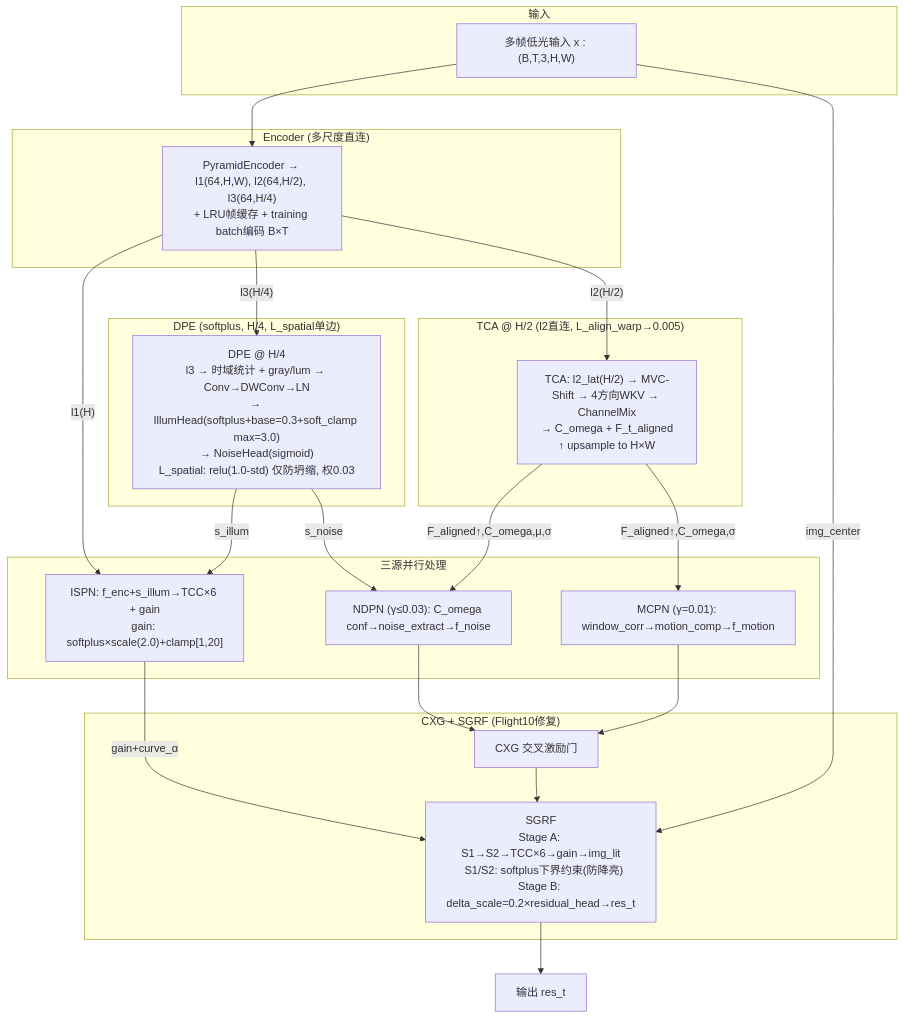
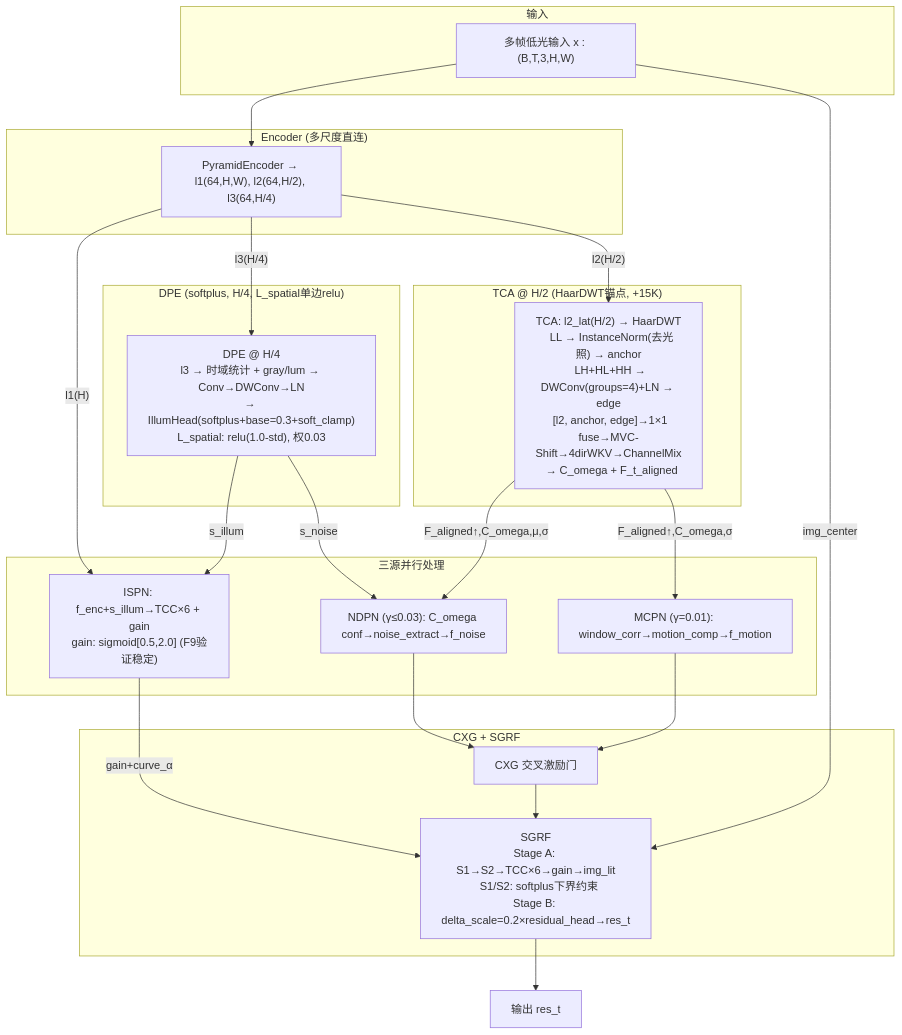
The diagram in docs/v6/RWKV-Delta-model/v6-delta-diagrams.md (chendeming2002/TFS-Net), drawn with Mermaid before and after one commit. The commit also changed other lines of this file and 13 other files, not shown here.

First line of the commit message:
Delta1-Flight X Mark 1

````diff
--- a/docs/v6/RWKV-Delta-model/v6-delta-diagrams.md
+++ b/docs/v6/RWKV-Delta-model/v6-delta-diagrams.md
@@ -5,46 +5,46 @@
 ```mermaid
 flowchart TD
     subgraph 输入
         IN["多帧低光输入 x : (B,T,3,H,W)"]
     end
 
     subgraph 编码["Encoder (多尺度直连)"]
-        ENC["PyramidEncoder → l1(64,H,W), l2(64,H/2), l3(64,H/4)<br/>+ LRU帧缓存 + training batch编码 B×T"]
+        ENC["PyramidEncoder → l1(64,H,W), l2(64,H/2), l3(64,H/4)"]
     end
 
-    subgraph 诊断["DPE (softplus, H/4, L_spatial单边)"]
-        DPE["DPE @ H/4<br/>l3 → 时域统计 + gray/lum → Conv→DWConv→LN<br/>→ IllumHead(softplus+base=0.3+soft_clamp max=3.0)<br/>→ NoiseHead(sigmoid)<br/>L_spatial: relu(1.0-std) 仅防坍缩, 权0.03"]
+    subgraph 诊断["DPE (softplus, H/4, L_spatial单边relu)"]
+        DPE["DPE @ H/4<br/>l3 → 时域统计 + gray/lum → Conv→DWConv→LN<br/>→ IllumHead(softplus+base=0.3+soft_clamp)<br/>L_spatial: relu(1.0-std), 权0.03"]
     end
 
-    subgraph 对齐["TCA @ H/2 (l2直连, L_align_warp→0.005)"]
-        TCA["TCA: l2_lat(H/2) → MVC-Shift → 4方向WKV → ChannelMix<br/>→ C_omega + F_t_aligned<br/>↑ upsample to H×W"]
+    subgraph 对齐["TCA @ H/2 (HaarDWT锚点, +15K)"]
+        TCA["TCA: l2_lat(H/2) → HaarDWT<br/>  LL → InstanceNorm(去光照) → anchor<br/>  LH+HL+HH → DWConv(groups=4)+LN → edge<br/>  [l2, anchor, edge]→1×1 fuse→MVC-Shift→4dirWKV→ChannelMix<br/>  → C_omega + F_t_aligned"]
     end
 
     subgraph 三源["三源并行处理"]
-        ISPN["ISPN: f_enc+s_illum→TCC×6 + gain<br/>gain: softplus×scale(2.0)+clamp[1,20]"]
+        ISPN["ISPN: f_enc+s_illum→TCC×6 + gain<br/>gain: sigmoid[0.5,2.0] (F9验证稳定)"]
         NDPN["NDPN (γ≤0.03): C_omega conf→noise_extract→f_noise"]
         MCPN["MCPN (γ=0.01): window_corr→motion_comp→f_motion"]
     end
 
-    subgraph 融合["CXG + SGRF (Flight10修复)"]
+    subgraph 融合["CXG + SGRF"]
         CXG["CXG 交叉激励门"]
-        SGRF["SGRF<br/>Stage A: S1→S2→TCC×6→gain→img_lit<br/>  S1/S2: softplus下界约束(防降亮)<br/>Stage B: delta_scale=0.2×residual_head→res_t"]
+        SGRF["SGRF<br/>Stage A: S1→S2→TCC×6→gain→img_lit<br/>  S1/S2: softplus下界约束<br/>Stage B: delta_scale=0.2×residual_head→res_t"]
     end
 
     OUT["输出 res_t"]
 
     IN --> ENC
     ENC -- "l3(H/4)" --> DPE
     ENC -- "l2(H/2)" --> TCA
     ENC -- "l1(H)" --> ISPN
     DPE -- "s_illum" --> ISPN
     DPE -- "s_noise" --> NDPN
     TCA -- "F_aligned↑,C_omega,μ,σ" --> NDPN
     TCA -- "F_aligned↑,C_omega,σ" --> MCPN
     ISPN -- "gain+curve_α" --> SGRF
     NDPN --> CXG
     MCPN --> CXG
     CXG --> SGRF
     IN -- "img_center" --> SGRF
     SGRF --> OUT
 ```
````
